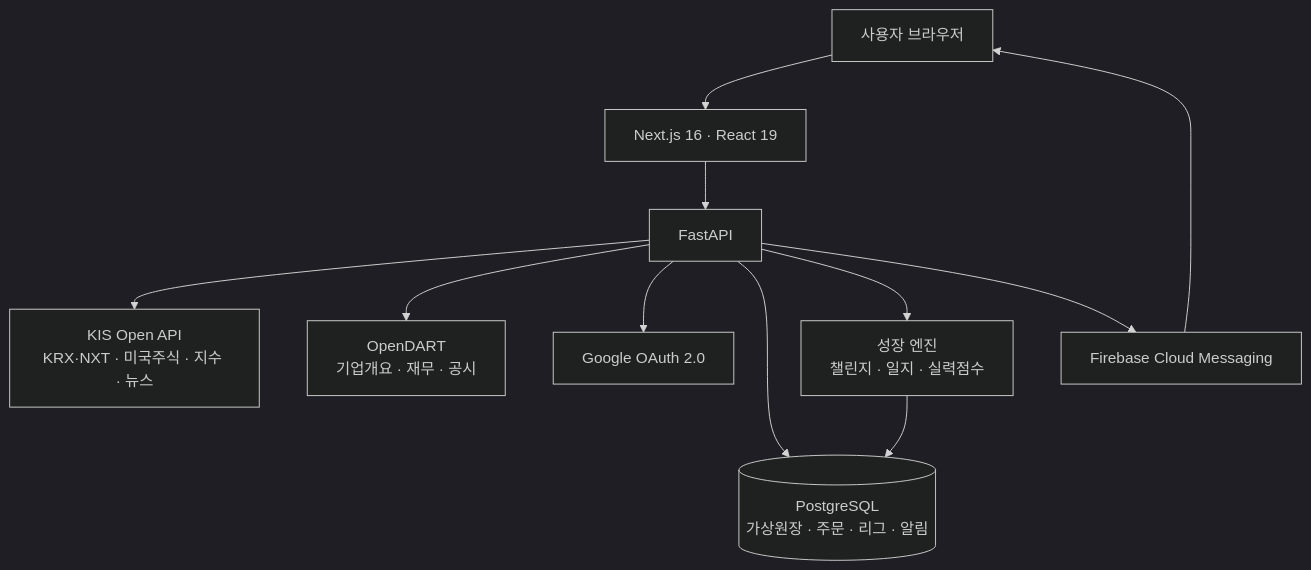
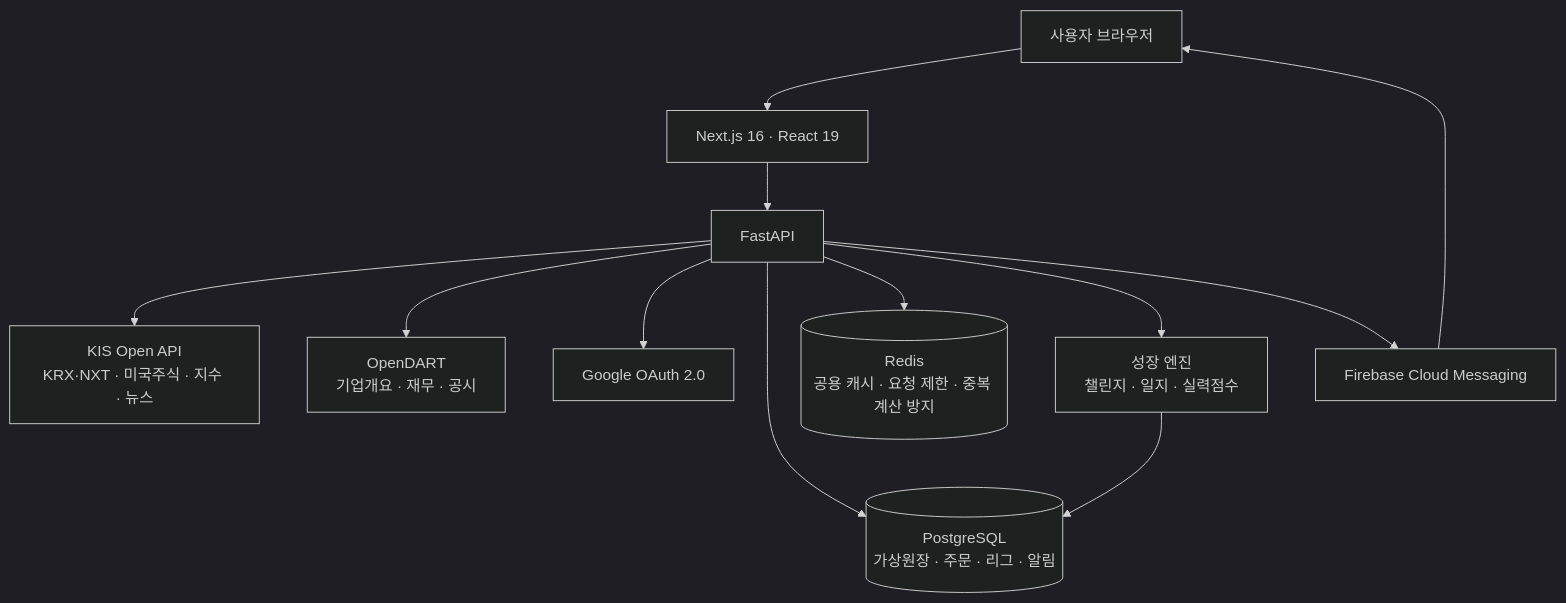
Before and after one commit to boclair98/stockpilot: the second of 2 diagrams in README.md, drawn with Mermaid (dark theme). The commit also changed other lines of this file and 25 other files, not shown here.

````diff
--- a/README.md
+++ b/README.md
@@ -503,13 +505,14 @@
 ```mermaid
 flowchart TB
     U["사용자 브라우저"] --> FE["Next.js 16 · React 19"]
     FE --> API["FastAPI"]
     API --> KIS["KIS Open API<br/>KRX·NXT · 미국주식 · 지수 · 뉴스"]
     API --> DART["OpenDART<br/>기업개요 · 재무 · 공시"]
     API --> AUTH["Google OAuth 2.0"]
     API --> DB[("PostgreSQL<br/>가상원장 · 주문 · 리그 · 알림")]
+    API --> REDIS[("Redis<br/>공용 캐시 · 요청 제한 · 중복 계산 방지")]
     API --> GROWTH["성장 엔진<br/>챌린지 · 일지 · 실력점수"]
     GROWTH --> DB
     API --> FCM["Firebase Cloud Messaging"]
     FCM --> U
 ```
````
